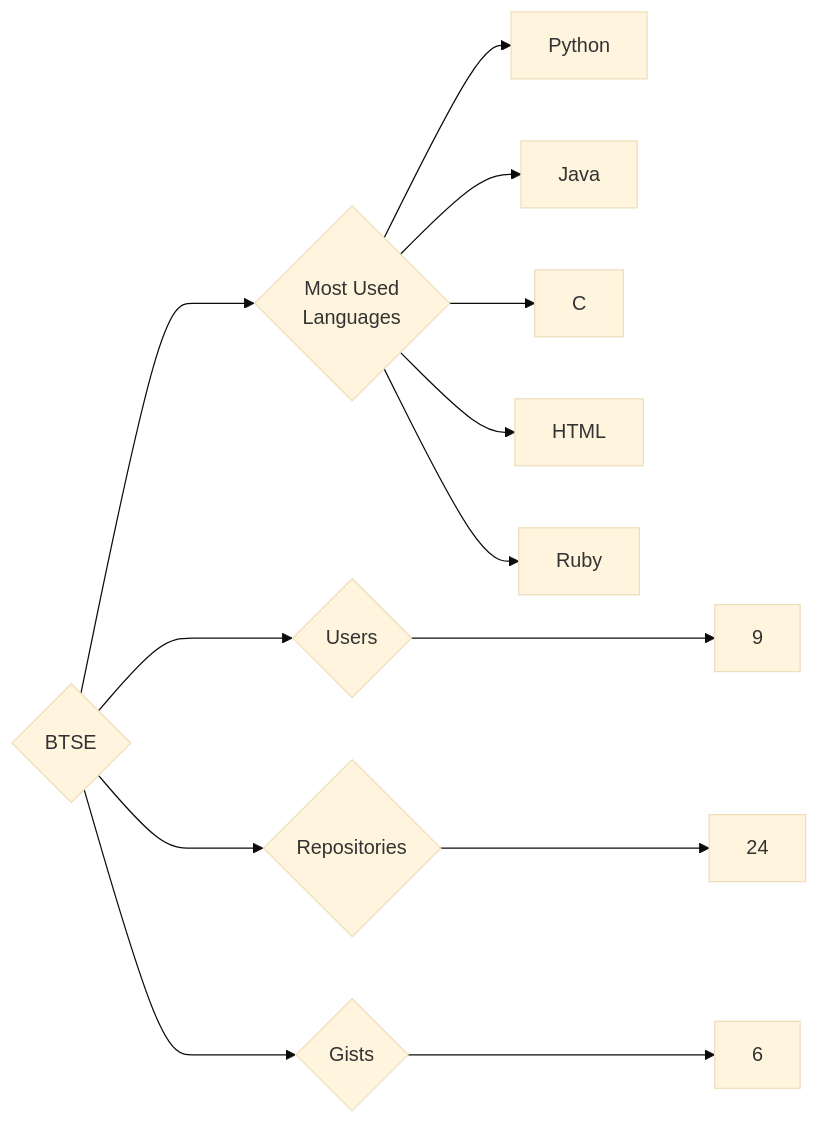
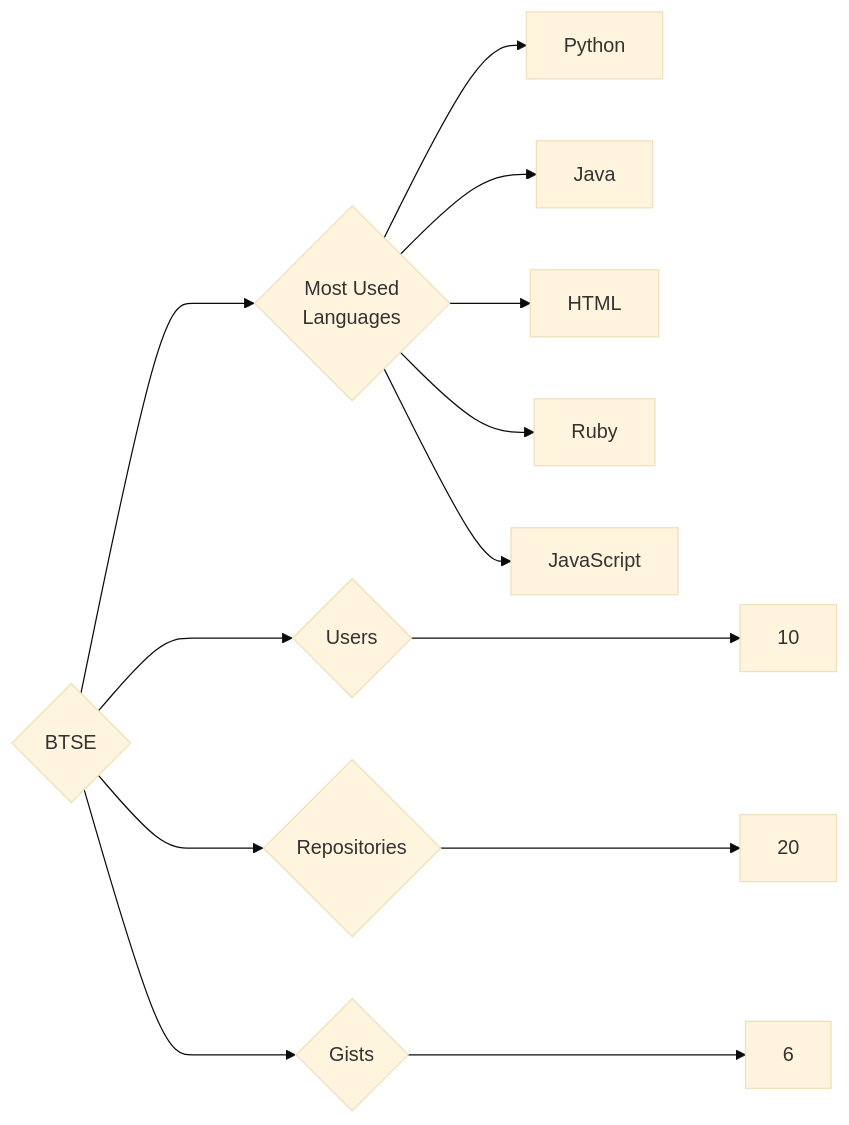
Before and after one commit to trickest/insiders: the diagram in targets/BTSE/README.md, drawn with Mermaid (base theme). The commit also changed 988 other files, not shown here.

````diff
--- a/targets/BTSE/README.md
+++ b/targets/BTSE/README.md
@@ -3,13 +3,13 @@
 ```mermaid
 graph LR
 COMPANY_NAME{BTSE}
-COMPANY_NAME ---> U{Users} ---> UN[9]
-COMPANY_NAME ---> R{Repositories} ---> RN[24]
+COMPANY_NAME ---> U{Users} ---> UN[10]
+COMPANY_NAME ---> R{Repositories} ---> RN[20]
 COMPANY_NAME ---> G{Gists} ---> GN[6]
 COMPANY_NAME ---> ML{Most Used<br>Languages}
 ML --> Python[Python]
 ML --> Java[Java]
-ML --> C[C]
 ML --> HTML[HTML]
 ML --> Ruby[Ruby]
+ML --> JavaScript[JavaScript]
 ```
````
